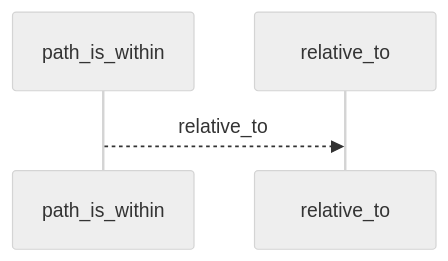
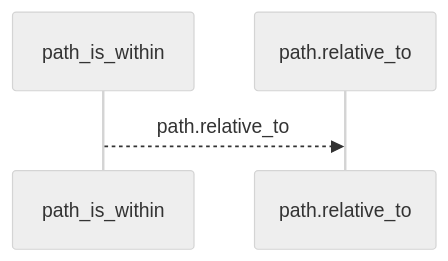
Before and after one commit to Denissvgn/python-wiki-llm: the first of 2 diagrams in docs/llm_wiki/flows/api-path_is_within.md, drawn with Mermaid (neutral theme). The commit also changed other lines of this file and 719 other files, not shown here.

````diff
--- a/docs/llm_wiki/flows/api-path_is_within.md
+++ b/docs/llm_wiki/flows/api-path_is_within.md
@@ -10,6 +10,6 @@
 ```mermaid
 sequenceDiagram
     participant p0 as path_is_within
-    participant p1 as relative_to
-    p0-->>p1: relative_to
+    participant p1 as path.relative_to
+    p0-->>p1: path.relative_to
 ```
````
